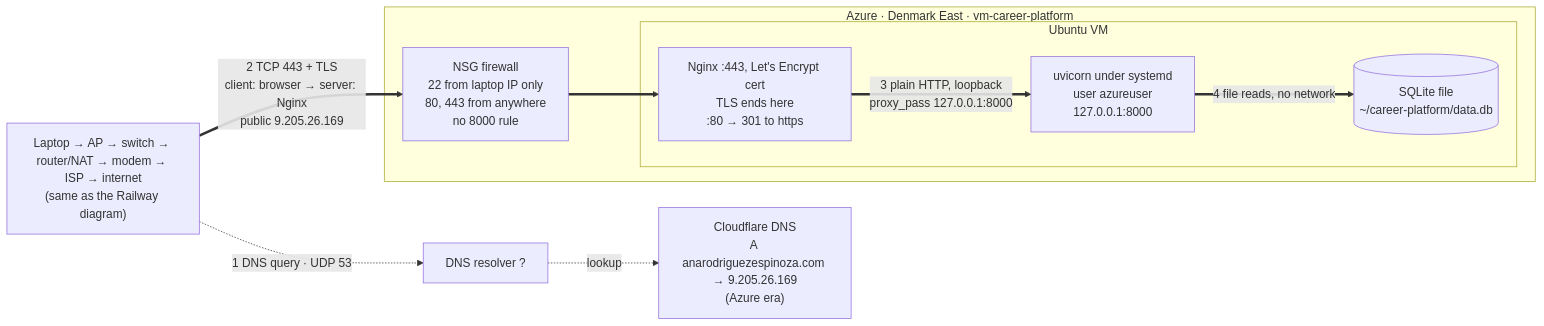
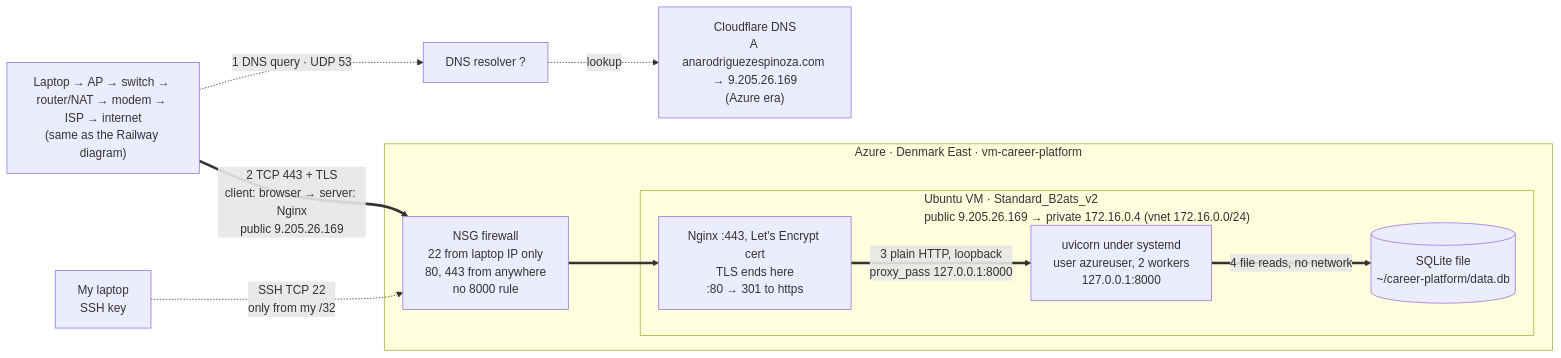
Before and after one commit to anarodriguezespinoza/career-platform-ana-rodriguezespinoza: the second of 2 diagrams in docs/diagrams/request-path.md, drawn with Mermaid. The commit also changed other lines of this file and 14 other files, not shown here.

````diff
--- a/docs/diagrams/request-path.md
+++ b/docs/diagrams/request-path.md
@@ -44,20 +55,22 @@
 ```mermaid
 flowchart LR
   path["Laptop → AP → switch → router/NAT → modem → ISP → internet<br/>(same as the Railway diagram)"]
   resolver["DNS resolver ?"]
   cf["Cloudflare DNS<br/>A anarodriguezespinoza.com → 9.205.26.169<br/>(Azure era)"]
+  admin["My laptop<br/>SSH key"]
 
   subgraph az["Azure · Denmark East · vm-career-platform"]
     nsg["NSG firewall<br/>22 from laptop IP only<br/>80, 443 from anywhere<br/>no 8000 rule"]
-    subgraph vm["Ubuntu VM"]
+    subgraph vm["Ubuntu VM · Standard_B2ats_v2<br/>public 9.205.26.169 → private 172.16.0.4 (vnet 172.16.0.0/24)"]
       nginx["Nginx :443, Let's Encrypt cert<br/>TLS ends here<br/>:80 → 301 to https"]
-      app["uvicorn under systemd<br/>user azureuser<br/>127.0.0.1:8000"]
+      app["uvicorn under systemd<br/>user azureuser, 2 workers<br/>127.0.0.1:8000"]
       db[("SQLite file<br/>~/career-platform/data.db")]
     end
   end
 
   path -. "1 DNS query · UDP 53" .-> resolver -. "lookup" .-> cf
   path == "2 TCP 443 + TLS<br/>client: browser → server: Nginx<br/>public 9.205.26.169" ==> nsg ==> nginx
   nginx == "3 plain HTTP, loopback<br/>proxy_pass 127.0.0.1:8000" ==> app
   app == "4 file reads, no network" ==> db
+  admin -. "SSH TCP 22<br/>only from my /32" .-> nsg
 ```
````
